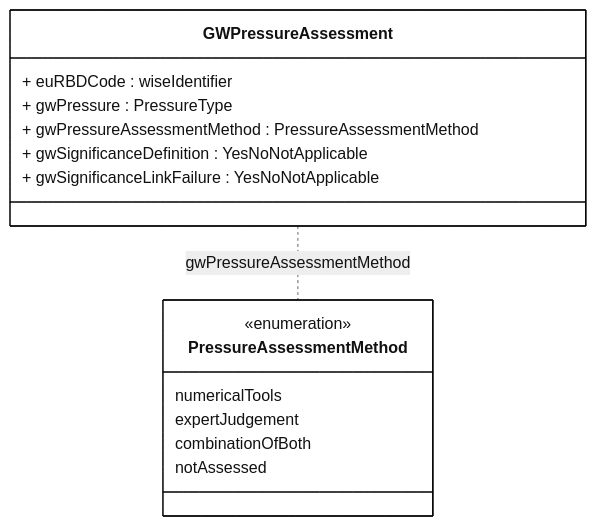
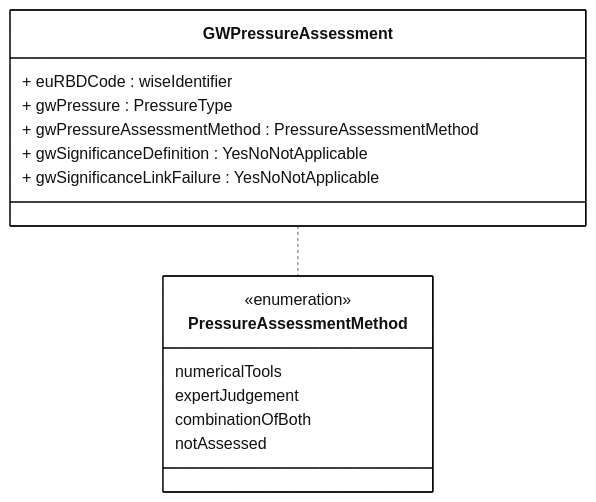
One commit to eeadata/WISE.WFD.Documentation changed the diagram in docs/DataModelReview/mmd/GroundwaterMethodologies_4thCycle_GWPressureAssessment_ClassDiagram.mmd. Above: the diagram before and after it, drawn with Mermaid. The commit also changed 8 other files, not shown here.

Commit message:
Typos in diagrams

```diff
--- a/docs/DataModelReview/mmd/GroundwaterMethodologies_4thCycle_GWPressureAssessment_ClassDiagram.mmd
+++ b/docs/DataModelReview/mmd/GroundwaterMethodologies_4thCycle_GWPressureAssessment_ClassDiagram.mmd
@@ -1,33 +1,33 @@
 ---
 config:
   class:
     hideEmptyMembersBox: true
   layout: dagre
   theme: neutral
   themeVariables:
     noteBkgColor: LightYellow
     noteTextColor: black 
 ---
 classDiagram
 
 class GWPressureAssessment{
   + euRBDCode : wiseIdentifier
   + gwPressure : PressureType
   + gwPressureAssessmentMethod : PressureAssessmentMethod
   + gwSignificanceDefinition : YesNoNotApplicable
   + gwSignificanceLinkFailure : YesNoNotApplicable
 }
 
 class PressureAssessmentMethod{
 <<enumeration>>
   numericalTools
   expertJudgement
   combinationOfBoth
   notAssessed 
 }
 
-GWPressureAssessment .. PressureAssessmentMethod : gwPressureAssessmentMethod
+GWPressureAssessment .. PressureAssessmentMethod 
 
 classDef default fill:white,stroke:#000;
 classDef otherDataset fill:lightyellow,stroke:#000;
 classDef forFixing fill:white,stroke:#f00;
```
